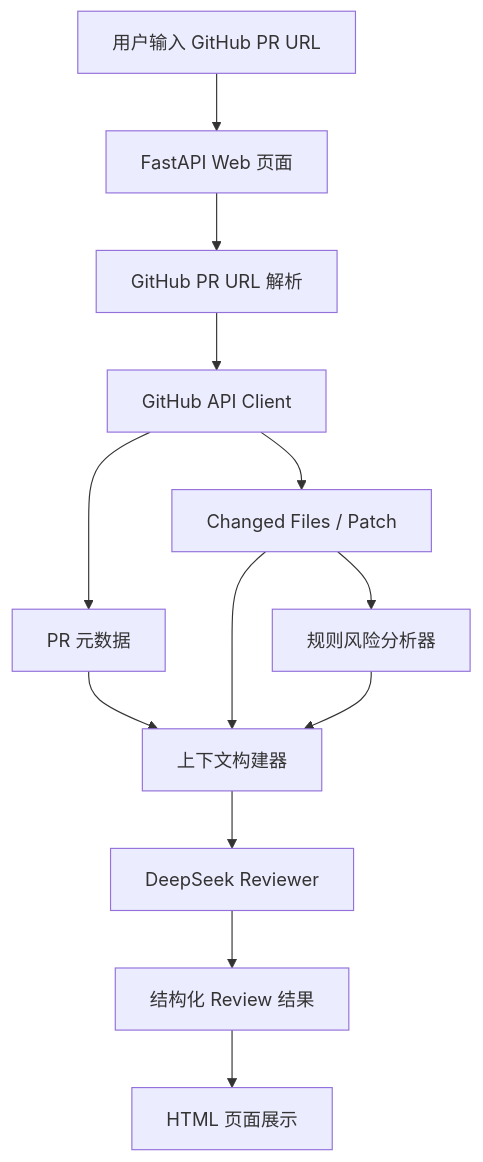
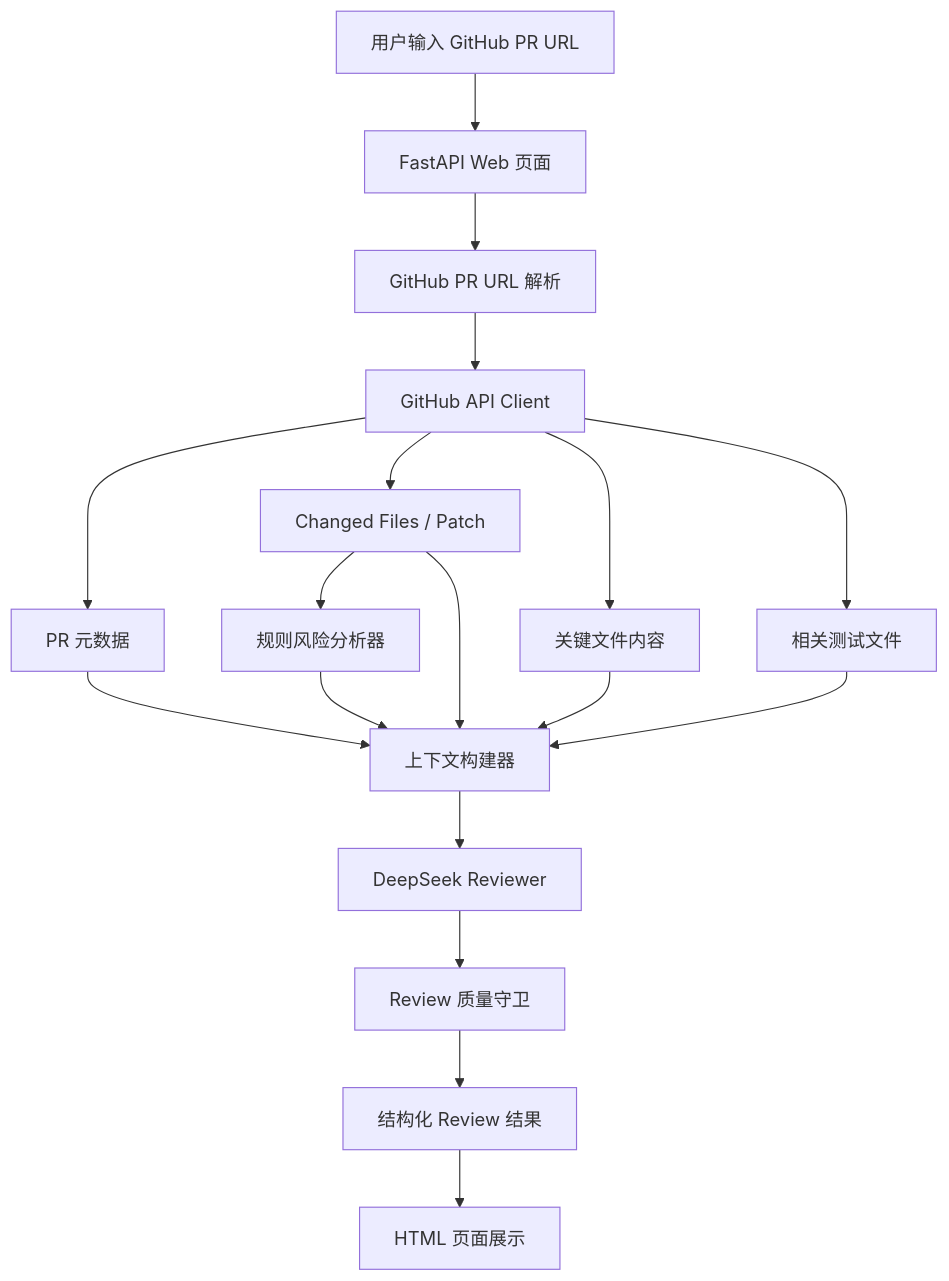
Before and after one commit to Tristan8545/AI-PR-Review: the diagram in docs/architecture.md, drawn with Mermaid. The commit also changed other lines of this file and 3 other files, not shown here.

````diff
--- a/docs/architecture.md
+++ b/docs/architecture.md
@@ -5,15 +9,20 @@
 ```mermaid
 flowchart TD
     A["用户输入 GitHub PR URL"] --> B["FastAPI Web 页面"]
     B --> C["GitHub PR URL 解析"]
     C --> D["GitHub API Client"]
     D --> E["PR 元数据"]
     D --> F["Changed Files / Patch"]
-    F --> G["规则风险分析器"]
-    E --> H["上下文构建器"]
-    F --> H
-    G --> H
-    H --> I["DeepSeek Reviewer"]
-    I --> J["结构化 Review 结果"]
-    J --> K["HTML 页面展示"]
+    D --> G["关键文件内容"]
+    D --> H["相关测试文件"]
+    F --> I["规则风险分析器"]
+    E --> J["上下文构建器"]
+    F --> J
+    G --> J
+    H --> J
+    I --> J
+    J --> K["DeepSeek Reviewer"]
+    K --> L["Review 质量守卫"]
+    L --> M["结构化 Review 结果"]
+    M --> N["HTML 页面展示"]
 ```
````
